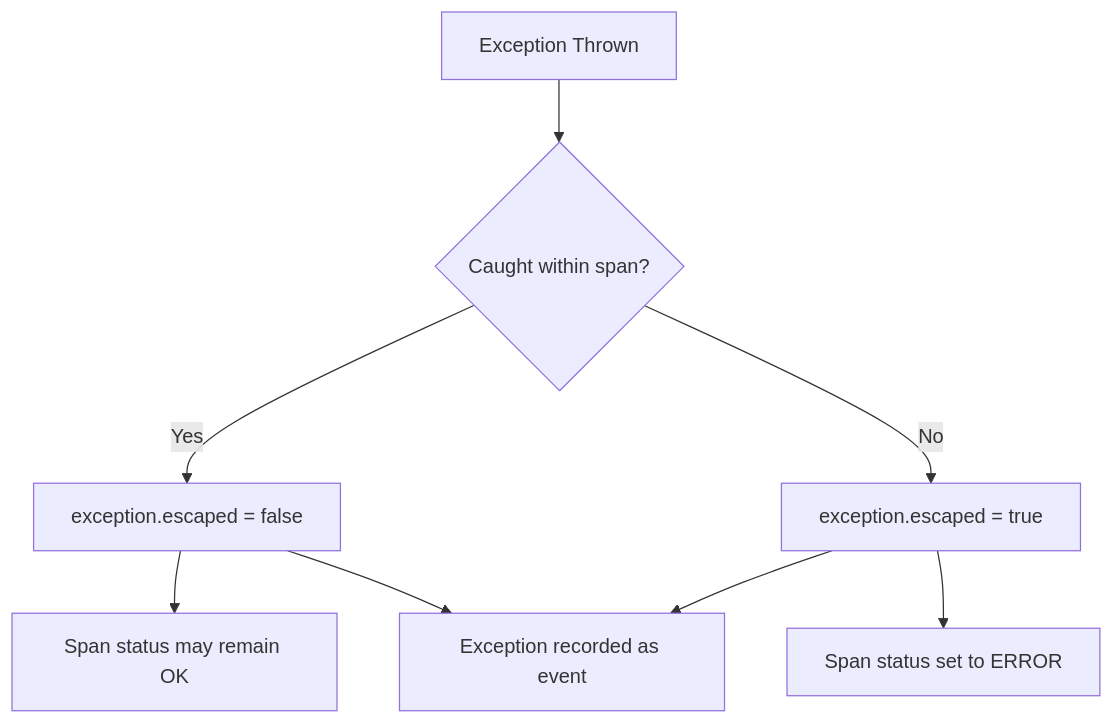
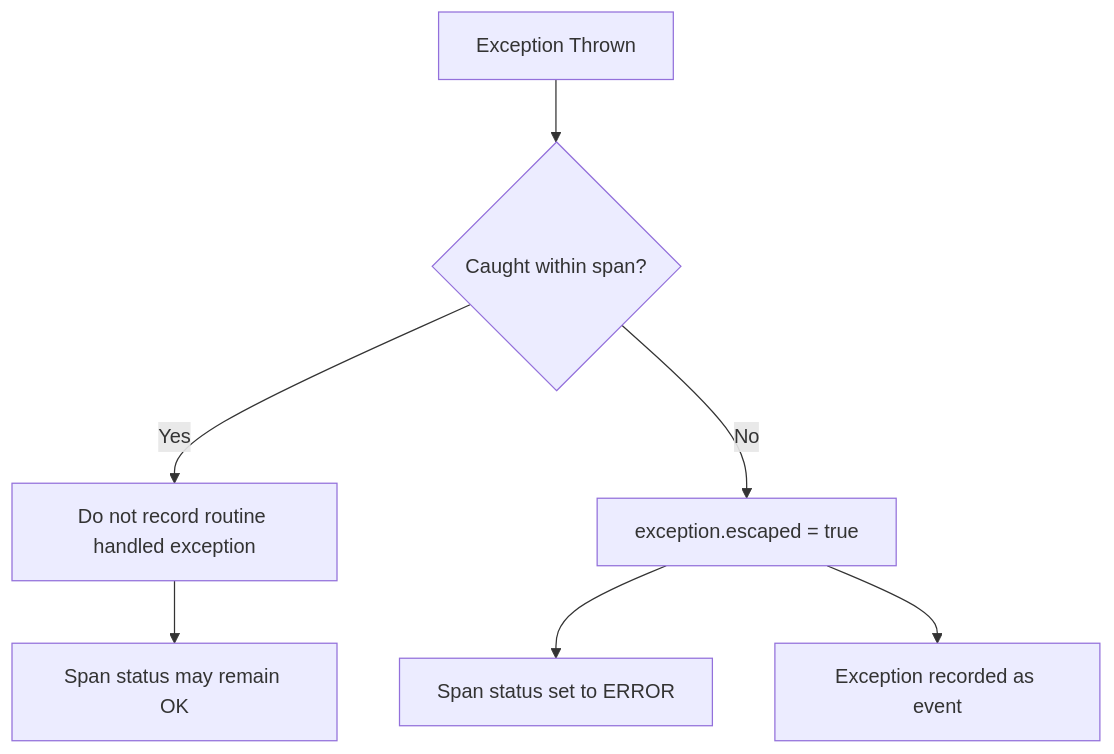
Before and after one commit to OneUptime/blog: the first of 2 diagrams in posts/2026-02-06-exception-semantic-conventions-error-recording/README.md, drawn with Mermaid. The commit also changed other lines of this file and 2 other files, not shown here.

Commit message:
validate: 2026-02-06-exception-semantic-conventions-error-recording

````diff
--- a/posts/2026-02-06-exception-semantic-conventions-error-recording/README.md
+++ b/posts/2026-02-06-exception-semantic-conventions-error-recording/README.md
@@ -32,10 +32,9 @@
 ```mermaid
 flowchart TD
     A[Exception Thrown] --> B{Caught within span?}
-    B -->|Yes| C[exception.escaped = false]
+    B -->|Yes| C[Do not record routine handled exception]
     B -->|No| D[exception.escaped = true]
     C --> E[Span status may remain OK]
     D --> F[Span status set to ERROR]
-    C --> G[Exception recorded as event]
-    D --> G
+    D --> G[Exception recorded as event]
 ```
````
